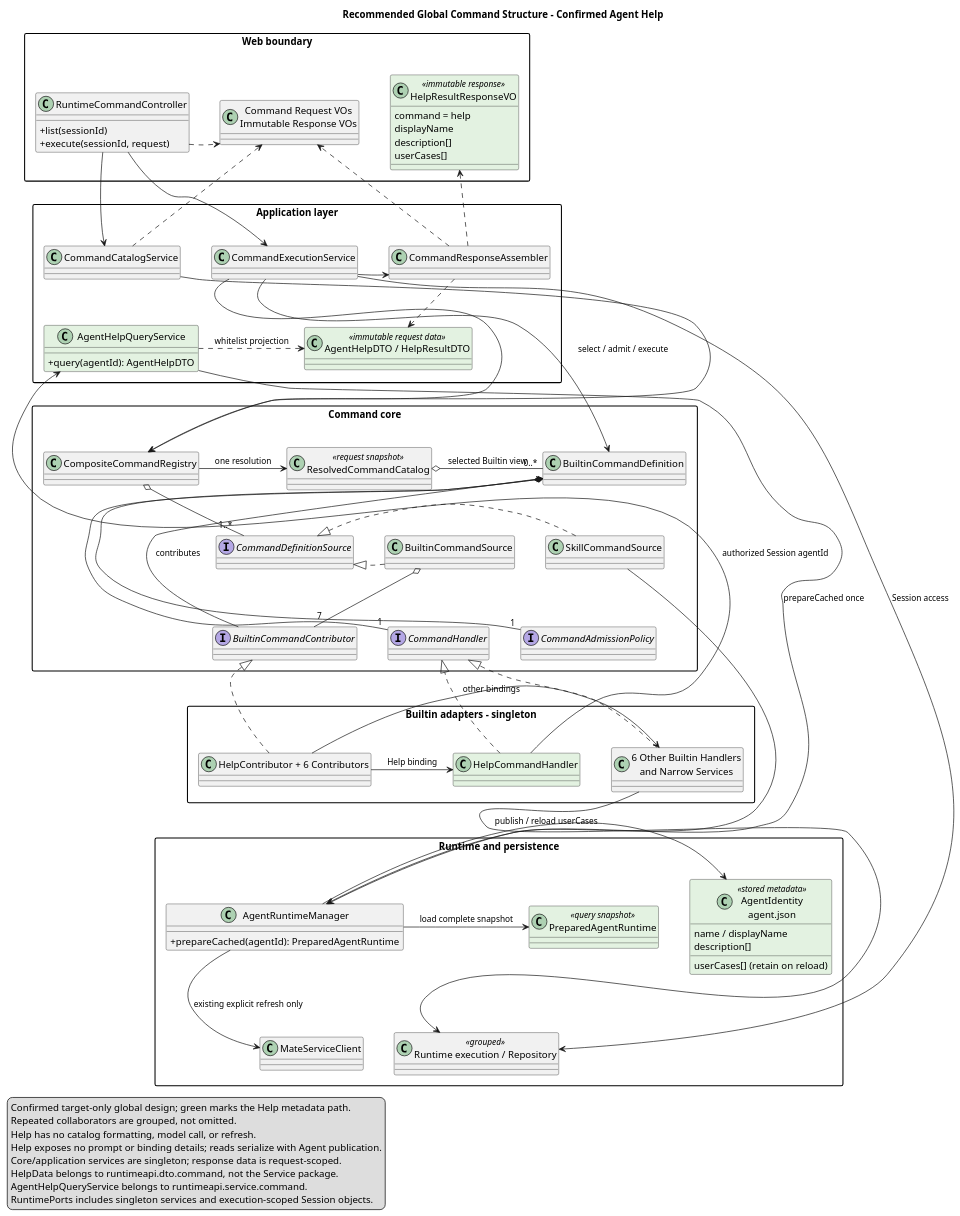
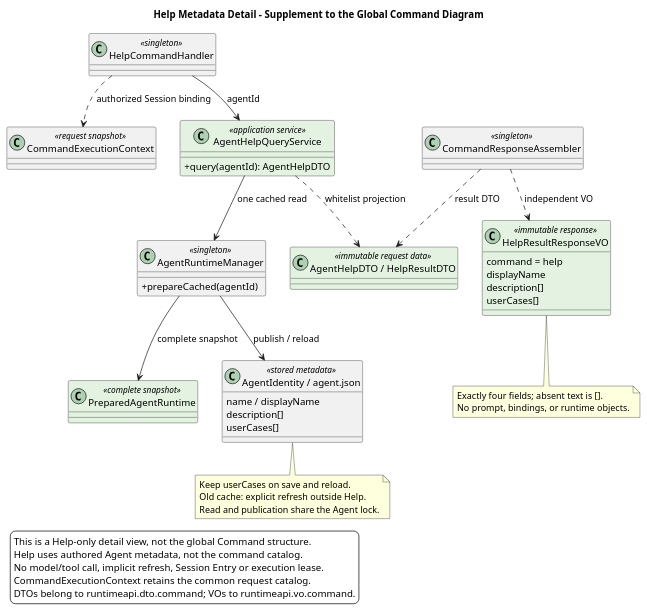
One commit to ssm0808/pi-mono-java-design changed the diagram in 04-命令与技能/01-内置命令/Help-Agent使用指南/diagram.puml. Above: the diagram before and after it, drawn with PlantUML. The commit also changed 10 other files, not shown here.

Commit message:
docs(command): 恢复完整版全局类图并分离 Help 专项视图

```diff
--- a/04-命令与技能/01-内置命令/Help-Agent使用指南/diagram.puml
+++ b/04-命令与技能/01-内置命令/Help-Agent使用指南/diagram.puml
@@ -1,141 +1,66 @@
-@startuml target_help_global_classes
-title Recommended Global Command Structure - Confirmed Agent Help
+@startuml target_help_metadata_classes
+title Help Metadata Detail - Supplement to the Global Command Diagram
 top to bottom direction
 skinparam shadowing false
+skinparam backgroundColor white
 skinparam classAttributeIconSize 0
-skinparam packageStyle rectangle
-skinparam nodesep 45
-skinparam ranksep 65
-skinparam ArrowFontSize 12
-' Source evidence: pi-mono-java@d8e22562 modules/coding-agent-cli/src/main/java/com/campusclaw/codingagent/runtime/MateServiceClient.java AgentRuntime.
+skinparam nodesep 35
+skinparam ranksep 45
+' Source evidence: pi-mono-java@d8e22562 modules/coding-agent-cli/src/main/java/com/campusclaw/codingagent/runtimeapi/command/execution/CommandExecutionContext.java session and catalog.
 ' Source evidence: pi-mono-java@d8e22562 modules/coding-agent-cli/src/main/java/com/campusclaw/codingagent/runtime/AgentRuntimeManager.java prepareCached, toIdentity:630, toRuntime:646, AgentIdentity:717.
 ' Source evidence: pi-mono-java@d8e22562 modules/coding-agent-cli/src/main/java/com/campusclaw/codingagent/runtime/PreparedAgentRuntime.java metadata.
-' Source evidence: pi-mono-java@d8e22562 modules/coding-agent-cli/src/main/java/com/campusclaw/codingagent/runtimeapi/command/execution/CommandExecutionContext.java session and catalog.
-' Observed behavior: upstream AgentRuntime has userCases, but the local identity omits it and reload supplies an empty list.
-' Design reason: keep the whole command structure visible while Help projects authored Agent metadata, not command descriptors.
-' Product constraint: Help explains the Agent; Slash discovery remains in the command catalog.
-' Target-only: confirmed assembly is not implemented; existing SPI and Runtime collaborators are reused.
+' Observed behavior: the identity cache omits userCases; reload currently returns an empty list.
+' Design reason: move cache and response detail out of the global diagram without hiding the global responsibility chain.
+' Target-only: Help adapters, query service, DTOs, response projection and cache completion are confirmed targets.
 
-package "Web boundary" as Web {
-  class RuntimeCommandController {
-    +list(sessionId)
-    +execute(sessionId, request)
-  }
-  class "Command Request VOs\nImmutable Response VOs" as CommandVOs
-  class HelpResultResponseVO <<immutable response>> #E3F2E1 {
-    command = help
-    displayName
-    description[]
-    userCases[]
-  }
+class CommandExecutionContext <<request snapshot>>
+class HelpCommandHandler <<singleton>>
+class AgentHelpQueryService <<application service>> #E3F2E1 {
+  +query(agentId): AgentHelpDTO
 }
-package "Application layer" as Application {
-  class CommandCatalogService
-  class CommandExecutionService
-  class CommandResponseAssembler
-  class AgentHelpQueryService #E3F2E1 {
-    +query(agentId): AgentHelpDTO
-  }
-  class "AgentHelpDTO / HelpResultDTO" as HelpData <<immutable request data>> #E3F2E1
+class AgentRuntimeManager <<singleton>> {
+  +prepareCached(agentId)
 }
-package "Command core" as Core {
-  class CompositeCommandRegistry
-  class ResolvedCommandCatalog <<request snapshot>>
-  interface CommandDefinitionSource
-  class BuiltinCommandSource
-  class SkillCommandSource
-  interface BuiltinCommandContributor
-  class BuiltinCommandDefinition
-  interface CommandHandler
-  interface CommandAdmissionPolicy
+class PreparedAgentRuntime <<complete snapshot>> #E3F2E1
+class "AgentIdentity / agent.json" as AgentIdentity <<stored metadata>> {
+  name / displayName
+  description[]
+  userCases[]
 }
-package "Builtin adapters - singleton" as Adapters {
-  class "HelpContributor + 6 Contributors" as Contributors
-  class HelpCommandHandler #E3F2E1
-  class "6 Other Builtin Handlers\nand Narrow Services" as OtherBuiltins
-}
-package "Runtime and persistence" as Runtime {
-  class AgentRuntimeManager {
-    +prepareCached(agentId): PreparedAgentRuntime
-  }
-  class PreparedAgentRuntime <<query snapshot>> #E3F2E1
-  class "AgentIdentity\nagent.json" as AgentIdentity <<stored metadata>> #E3F2E1 {
-    name / displayName
-    description[]
-    userCases[] (retain on reload)
-  }
-  class MateServiceClient
-  class "Runtime execution / Repository" as RuntimePorts <<grouped>>
+class "AgentHelpDTO / HelpResultDTO" as HelpData <<immutable request data>> #E3F2E1
+class CommandResponseAssembler <<singleton>>
+class HelpResultResponseVO <<immutable response>> #E3F2E1 {
+  command = help
+  displayName
+  description[]
+  userCases[]
 }
 
-RuntimeCommandController -[norank]-> CommandCatalogService
-RuntimeCommandController -[norank]-> CommandExecutionService
-RuntimeCommandController -[dashed,norank]-> CommandVOs
-CommandCatalogService -[norank]-> CompositeCommandRegistry
-CommandCatalogService -[dashed,norank]-> CommandVOs
-CommandExecutionService -[norank]-> CompositeCommandRegistry
-CommandExecutionService -[norank]-> CommandResponseAssembler
-CommandResponseAssembler -[dashed,norank]-> CommandVOs
-CommandResponseAssembler -[dashed,norank]-> HelpData
-CommandResponseAssembler -[dashed,norank]-> HelpResultResponseVO
-CompositeCommandRegistry o-[norank]- "1..*" CommandDefinitionSource
-BuiltinCommandSource -[dashed,norank]-|> CommandDefinitionSource
-SkillCommandSource -[dashed,norank]-|> CommandDefinitionSource
-CompositeCommandRegistry -[norank]-> ResolvedCommandCatalog : one resolution
-BuiltinCommandSource o-[norank]- "7" BuiltinCommandContributor
-Contributors -[dashed,norank]-|> BuiltinCommandContributor
-BuiltinCommandContributor -[norank]-> BuiltinCommandDefinition : contributes
-ResolvedCommandCatalog o-[norank]- "0..*" BuiltinCommandDefinition : selected Builtin view
-BuiltinCommandDefinition *-[norank]- "1" CommandHandler
-BuiltinCommandDefinition *-[norank]- "1" CommandAdmissionPolicy
-CommandExecutionService -[norank]-> BuiltinCommandDefinition : select / admit / execute
-HelpCommandHandler -[dashed,norank]-|> CommandHandler
-OtherBuiltins -[dashed,norank]-|> CommandHandler
-Contributors -[norank]-> HelpCommandHandler : Help binding
-Contributors -[norank]-> OtherBuiltins : other bindings
-HelpCommandHandler -[norank]-> AgentHelpQueryService : authorized Session agentId
-AgentHelpQueryService -[dashed,norank]-> HelpData : whitelist projection
-AgentHelpQueryService -[norank]-> AgentRuntimeManager : prepareCached once
-AgentRuntimeManager -[norank]-> PreparedAgentRuntime : load complete snapshot
-AgentRuntimeManager -[norank]-> AgentIdentity : publish / reload userCases
-AgentRuntimeManager -[norank]-> MateServiceClient : existing explicit refresh only
-SkillCommandSource -[norank]-> AgentRuntimeManager
-OtherBuiltins -[norank]-> RuntimePorts
-CommandExecutionService -[norank]-> RuntimePorts : Session access
+HelpCommandHandler ..> CommandExecutionContext : authorized Session binding
+HelpCommandHandler --> AgentHelpQueryService : agentId
+AgentHelpQueryService --> AgentRuntimeManager : one cached read
+AgentRuntimeManager --> PreparedAgentRuntime : complete snapshot
+AgentRuntimeManager --> AgentIdentity : publish / reload
+AgentHelpQueryService ..> HelpData : whitelist projection
+CommandResponseAssembler ..> HelpData : result DTO
+CommandResponseAssembler ..> HelpResultResponseVO : independent VO
 
-RuntimeCommandController -[hidden]right-> CommandVOs
-CommandVOs -[hidden]right-> HelpResultResponseVO
-RuntimeCommandController -[hidden]down-> CommandCatalogService
-CommandCatalogService -[hidden]right-> CommandExecutionService
-CommandExecutionService -[hidden]right-> CommandResponseAssembler
-CommandCatalogService -[hidden]down-> AgentHelpQueryService
-AgentHelpQueryService -[hidden]right-> HelpData
-AgentHelpQueryService -[hidden]down-> CompositeCommandRegistry
-CompositeCommandRegistry -[hidden]right-> ResolvedCommandCatalog
-ResolvedCommandCatalog -[hidden]right-> BuiltinCommandDefinition
-CompositeCommandRegistry -[hidden]down-> CommandDefinitionSource
-CommandDefinitionSource -[hidden]right-> BuiltinCommandSource
-BuiltinCommandSource -[hidden]right-> SkillCommandSource
-CommandDefinitionSource -[hidden]down-> BuiltinCommandContributor
-BuiltinCommandContributor -[hidden]right-> CommandHandler
-CommandHandler -[hidden]right-> CommandAdmissionPolicy
-BuiltinCommandContributor -[hidden]down-> Contributors
-Contributors -[hidden]right-> HelpCommandHandler
-HelpCommandHandler -[hidden]right-> OtherBuiltins
-Contributors -[hidden]down-> AgentRuntimeManager
-AgentRuntimeManager -[hidden]right-> PreparedAgentRuntime
-PreparedAgentRuntime -[hidden]right-> AgentIdentity
-AgentRuntimeManager -[hidden]down-> MateServiceClient
-MateServiceClient -[hidden]right-> RuntimePorts
+note bottom of AgentIdentity
+Keep userCases on save and reload.
+Old cache: explicit refresh outside Help.
+Read and publication share the Agent lock.
+end note
+
+note bottom of HelpResultResponseVO
+Exactly four fields; absent text is [].
+No prompt, bindings, or runtime objects.
+end note
 
 legend bottom left
-Confirmed target-only global design; green marks the Help metadata path.
-Repeated collaborators are grouped, not omitted.
-Help has no catalog formatting, model call, or refresh.
-Help exposes no prompt or binding details; reads serialize with Agent publication.
-Core/application services are singleton; response data is request-scoped.
-HelpData belongs to runtimeapi.dto.command, not the Service package.
-AgentHelpQueryService belongs to runtimeapi.service.command.
-RuntimePorts includes singleton services and execution-scoped Session objects.
+This is a Help-only detail view, not the global Command structure.
+Help uses authored Agent metadata, not the command catalog.
+No model/tool call, implicit refresh, Session Entry or execution lease.
+CommandExecutionContext retains the common request catalog.
+DTOs belong to runtimeapi.dto.command; VOs to runtimeapi.vo.command.
 endlegend
 @enduml
```
